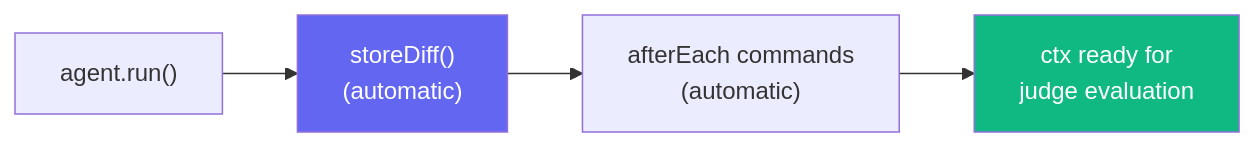
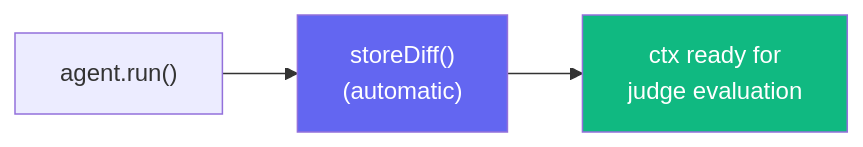
One commit to Tlahey/agent-eval changed the diagram in apps/docs/api/context.md. Above: the diagram before and after it, drawn with Mermaid. The commit also changed other lines of this file and 23 other files, not shown here.

First line of the commit message:
refactor: remove deprecated config afterEach commands

````diff
--- a/apps/docs/api/context.md
+++ b/apps/docs/api/context.md
@@ -7,9 +7,8 @@
 ```mermaid
 flowchart LR
     A["agent.run()"] --> B["storeDiff()<br/>(automatic)"]
-    B --> C["afterEach commands<br/>(automatic)"]
-    C --> D["ctx ready for<br/>judge evaluation"]
+    B --> C["ctx ready for<br/>judge evaluation"]
 
     style B fill:#6366f1,color:#fff
-    style D fill:#10b981,color:#fff
+    style C fill:#10b981,color:#fff
 ```
````
